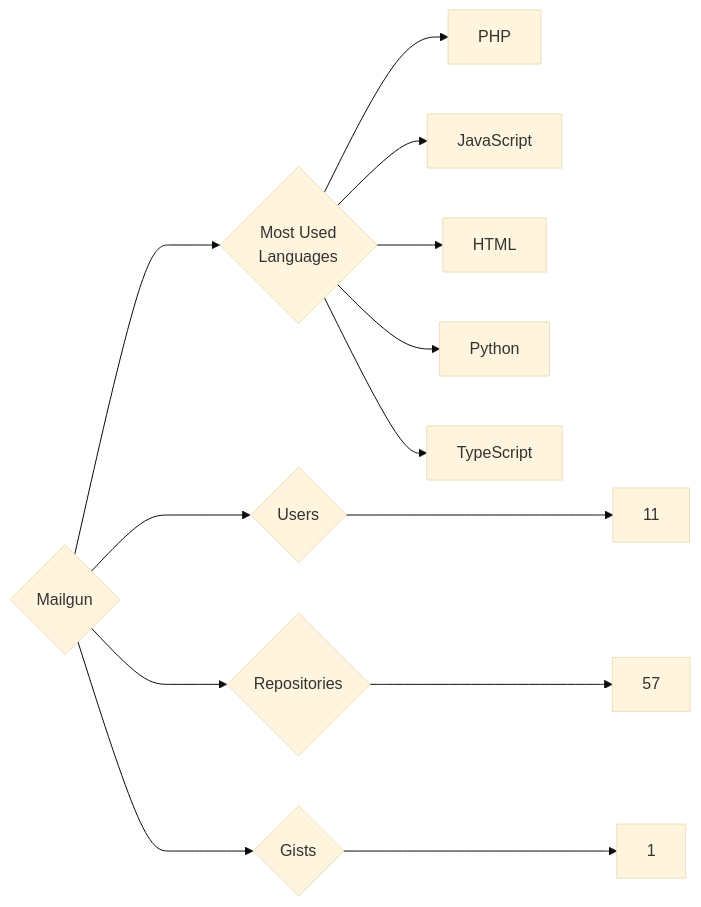
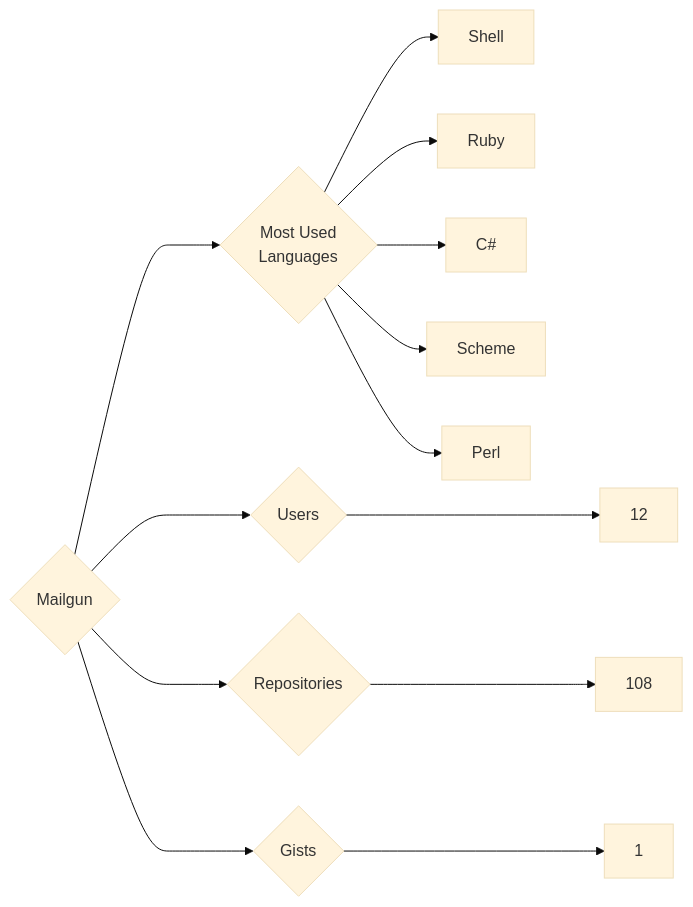
Before and after one commit to trickest/insiders: the diagram in targets/Mailgun/README.md, drawn with Mermaid (base theme). The commit also changed 845 other files, not shown here.

````diff
--- a/targets/Mailgun/README.md
+++ b/targets/Mailgun/README.md
@@ -3,13 +3,13 @@
 ```mermaid
 graph LR
 COMPANY_NAME{Mailgun}
-COMPANY_NAME ---> U{Users} ---> UN[11]
-COMPANY_NAME ---> R{Repositories} ---> RN[57]
+COMPANY_NAME ---> U{Users} ---> UN[12]
+COMPANY_NAME ---> R{Repositories} ---> RN[108]
 COMPANY_NAME ---> G{Gists} ---> GN[1]
 COMPANY_NAME ---> ML{Most Used<br>Languages}
-ML --> PHP[PHP]
-ML --> JavaScript[JavaScript]
-ML --> HTML[HTML]
-ML --> Python[Python]
-ML --> TypeScript[TypeScript]
+ML --> Shell[Shell]
+ML --> Ruby[Ruby]
+ML --> C#[C#]
+ML --> Scheme[Scheme]
+ML --> Perl[Perl]
 ```
````
